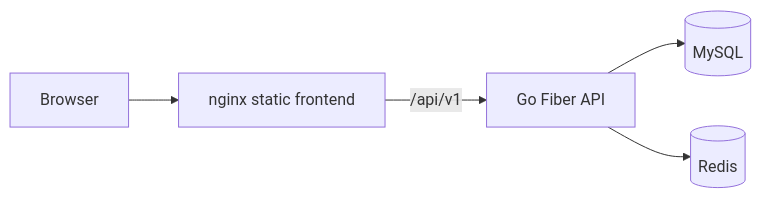
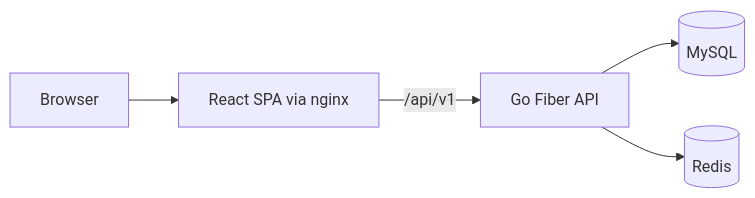
One commit to Mersad-Moghaddam/Libro changed the diagram in README.md. Above: the diagram before and after it, drawn with Mermaid. The commit also changed other lines of this file and 13 other files, not shown here.

````diff
--- a/README.md
+++ b/README.md
@@ -16,7 +53,7 @@
 ```mermaid
 flowchart LR
-  U[Browser] --> N[nginx static frontend]
-  N -->|/api/v1| B[Go Fiber API]
+  U[Browser] --> F[React SPA via nginx]
+  F -->|/api/v1| B[Go Fiber API]
   B --> M[(MySQL)]
   B --> R[(Redis)]
 ```
````
